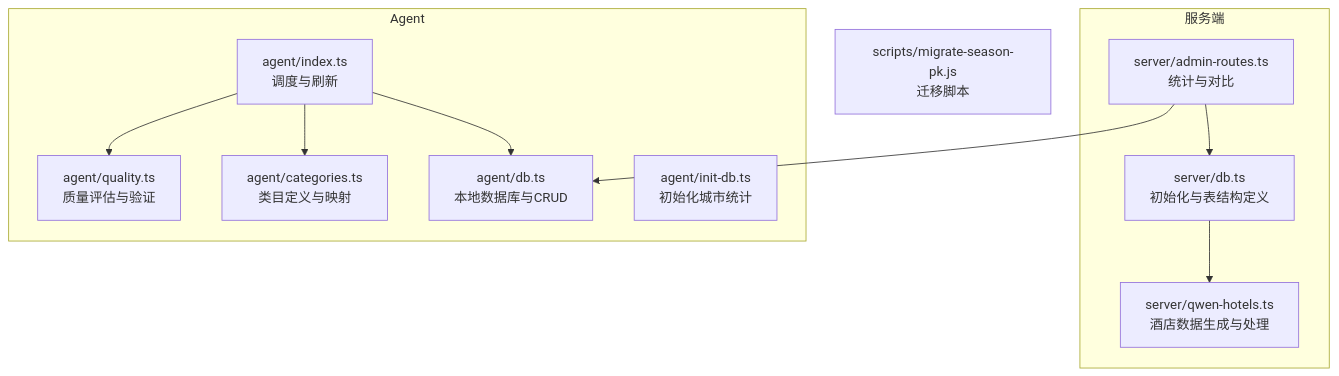
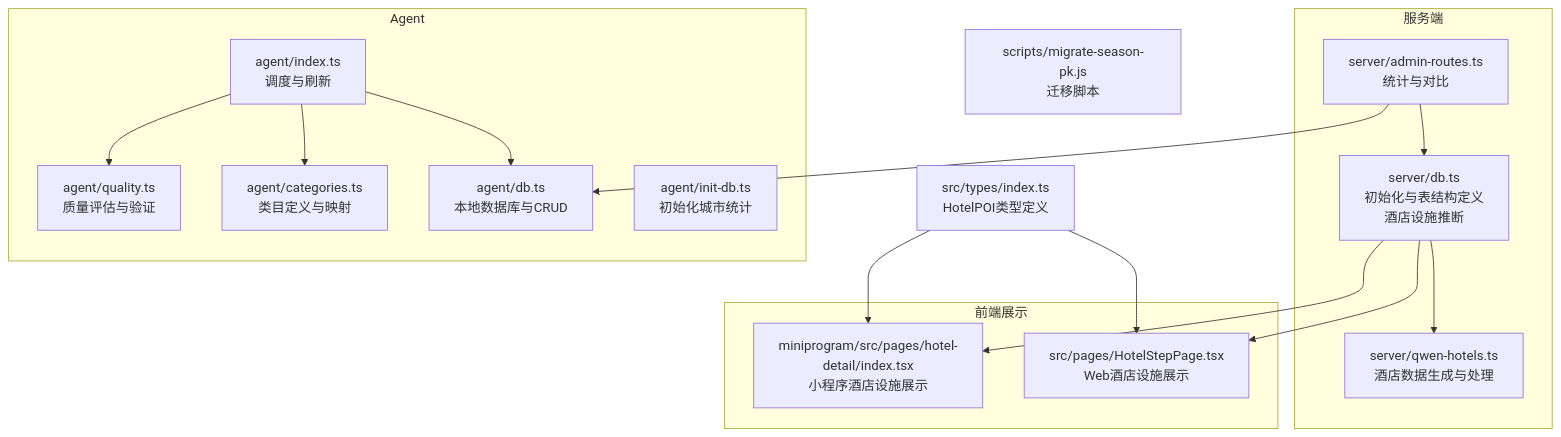
One commit to ititjjy/AITrip-plan changed the first of 14 diagrams in .qoder/repowiki/zh/content/后端API架构/数据库层设计/数据库层设计.md. Above: the diagram before and after it, drawn with Mermaid. The commit also changed other lines of this file and 28 other files, not shown here.

````diff
--- a/.qoder/repowiki/zh/content/后端API架构/数据库层设计/数据库层设计.md
+++ b/.qoder/repowiki/zh/content/后端API架构/数据库层设计/数据库层设计.md
@@ -62,22 +69,31 @@
 ```mermaid
 graph TB
 subgraph "服务端"
-S_DB["server/db.ts<br/>初始化与表结构定义"]
+S_DB["server/db.ts<br/>初始化与表结构定义<br/>酒店设施推断"]
 S_Qwen["server/qwen-hotels.ts<br/>酒店数据生成与处理"]
 S_Admin["server/admin-routes.ts<br/>统计与对比"]
 end
 subgraph "Agent"
 A_DB["agent/db.ts<br/>本地数据库与CRUD"]
 A_Categories["agent/categories.ts<br/>类目定义与映射"]
 A_Quality["agent/quality.ts<br/>质量评估与验证"]
 A_Init["agent/init-db.ts<br/>初始化城市统计"]
 A_Index["agent/index.ts<br/>调度与刷新"]
 end
+subgraph "前端展示"
+WebHotel["src/pages/HotelStepPage.tsx<br/>Web酒店设施展示"]
+MiniHotel["miniprogram/src/pages/hotel-detail/index.tsx<br/>小程序酒店设施展示"]
+end
+Types["src/types/index.ts<br/>HotelPOI类型定义"]
 Scripts["scripts/migrate-season-pk.js<br/>迁移脚本"]
 S_Admin --> S_DB
 S_Admin --> A_DB
 A_Index --> A_DB
 A_Index --> A_Categories
 A_Index --> A_Quality
 S_DB --> S_Qwen
+S_DB --> WebHotel
+S_DB --> MiniHotel
+Types --> WebHotel
+Types --> MiniHotel
 ```
````
